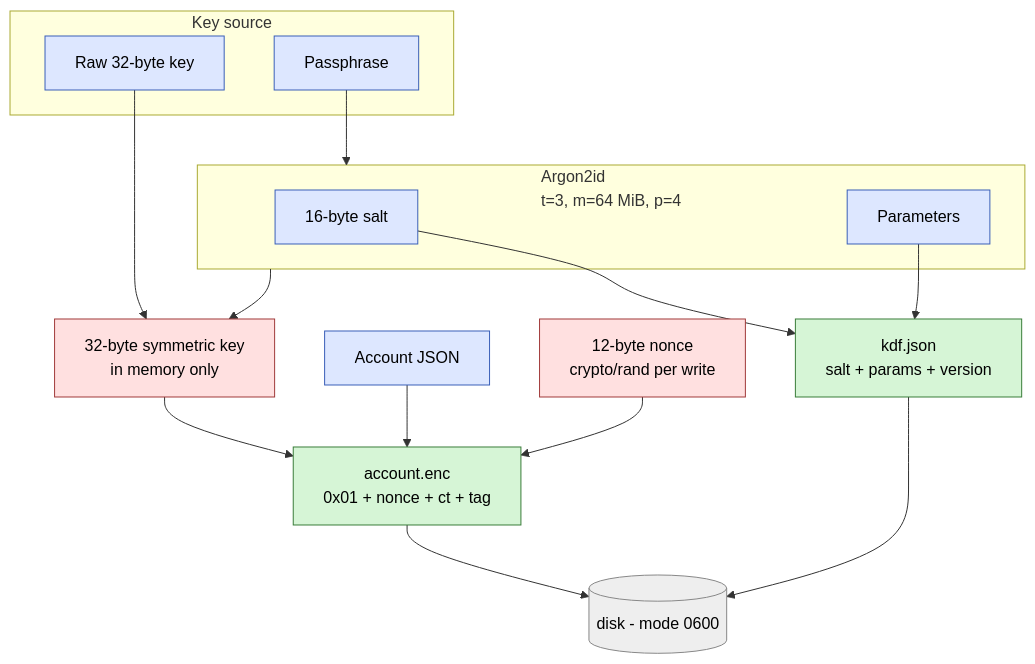
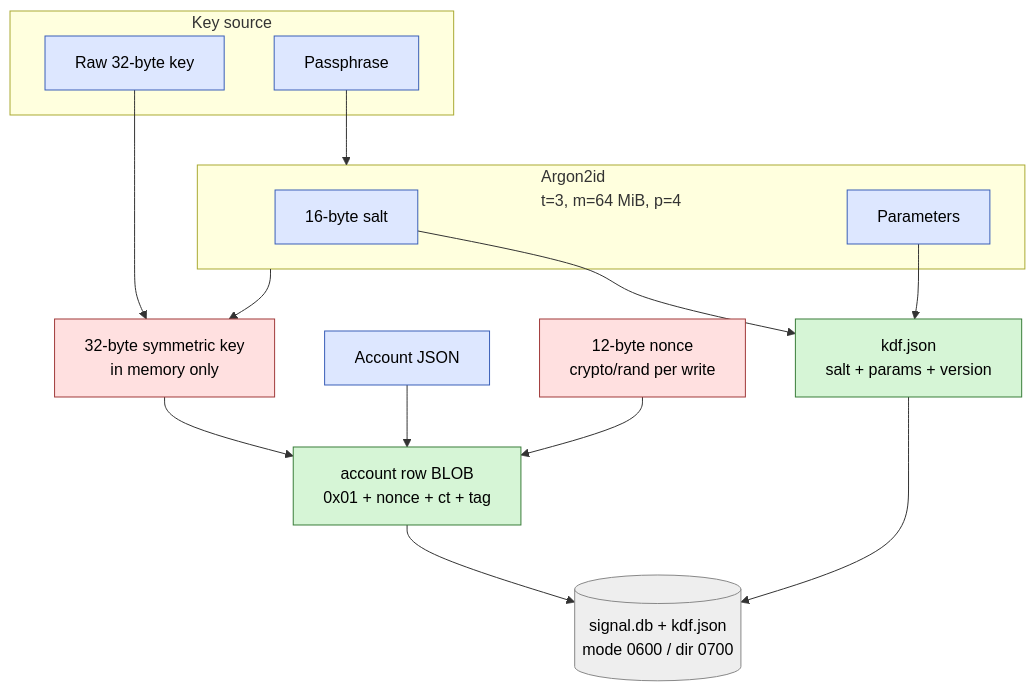
One commit to thehappydinoa/signal-go changed the diagram in docs/diagrams/encrypted-store.md. Above: the diagram before and after it, drawn with Mermaid. The commit also changed other lines of this file and 26 other files, not shown here.

````diff
--- a/docs/diagrams/encrypted-store.md
+++ b/docs/diagrams/encrypted-store.md
@@ -8,42 +9,42 @@
 ```mermaid
 flowchart TB
     subgraph inputs [Key source]
         pp[Passphrase]
         rk[Raw 32-byte key]
     end
 
     subgraph kdf [Argon2id<br/>t=3, m=64 MiB, p=4]
         salt[16-byte salt]
         params[Parameters]
     end
 
     key[32-byte symmetric key<br/>in memory only]
     json[Account JSON]
     nonce[12-byte nonce<br/>crypto/rand per write]
-    sealed["account.enc<br/>0x01 + nonce + ct + tag"]
+    sealed["account row BLOB<br/>0x01 + nonce + ct + tag"]
     kdfjson[kdf.json<br/>salt + params + version]
-    disk[(disk - mode 0600)]
+    disk[(signal.db + kdf.json<br/>mode 0600 / dir 0700)]
 
     pp --> kdf
     kdf --> key
     rk --> key
 
     key --> sealed
     json --> sealed
     nonce --> sealed
 
     salt --> kdfjson
     params --> kdfjson
 
     sealed --> disk
     kdfjson --> disk
 
     classDef in fill:#dde7ff,stroke:#3a5fb8,color:#000;
     classDef sec fill:#ffe0e0,stroke:#a13a3a,color:#000;
     classDef out fill:#d6f5d6,stroke:#3a7d3a,color:#000;
     classDef ext fill:#eee,stroke:#888,color:#000;
     class pp,rk,json,salt,params in;
     class key,nonce sec;
     class sealed,kdfjson out;
     class disk ext;
 ```
````
